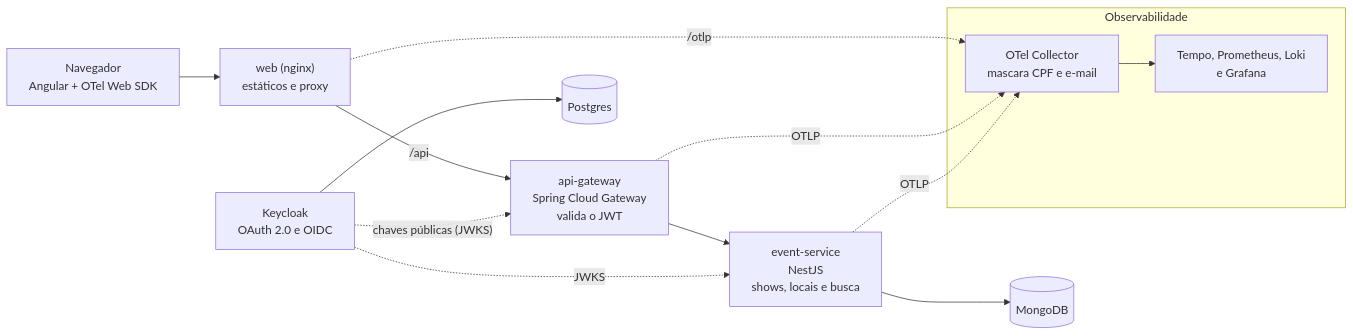
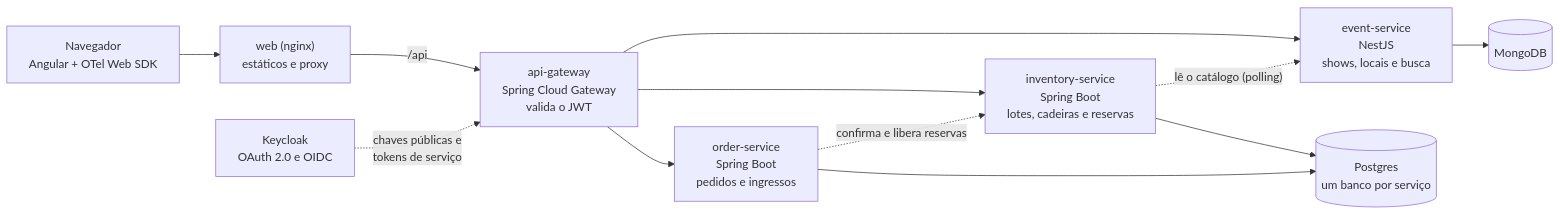
One commit to CezarGarcia/Lotou changed the diagram in README.md. Above: the diagram before and after it, drawn with Mermaid. The commit also changed other lines of this file and 13 other files, not shown here.

````diff
--- a/README.md
+++ b/README.md
@@ -70,17 +100,14 @@
 ```mermaid
 flowchart LR
     browser["Navegador<br/>Angular + OTel Web SDK"] --> web["web (nginx)<br/>estáticos e proxy"]
     web -- "/api" --> gw["api-gateway<br/>Spring Cloud Gateway<br/>valida o JWT"]
     gw --> ev["event-service<br/>NestJS<br/>shows, locais e busca"]
+    gw --> inv["inventory-service<br/>Spring Boot<br/>lotes, cadeiras e reservas"]
+    gw --> ord["order-service<br/>Spring Boot<br/>pedidos e ingressos"]
     ev --> mongo[("MongoDB")]
-    kc["Keycloak<br/>OAuth 2.0 e OIDC"] -. "chaves públicas (JWKS)" .-> gw
-    kc -. JWKS .-> ev
-    kc --> pg[("Postgres")]
-
-    subgraph obs["Observabilidade"]
-        col["OTel Collector<br/>mascara CPF e e-mail"] --> lgtm["Tempo, Prometheus, Loki<br/>e Grafana"]
-    end
-    web -. "/otlp" .-> col
-    gw -. OTLP .-> col
-    ev -. OTLP .-> col
+    inv --> pg[("Postgres<br/>um banco por serviço")]
+    ord --> pg
+    inv -. "lê o catálogo (polling)" .-> ev
+    ord -. "confirma e libera reservas" .-> inv
+    kc["Keycloak<br/>OAuth 2.0 e OIDC"] -. "chaves públicas e<br/>tokens de serviço" .-> gw
 ```
````
